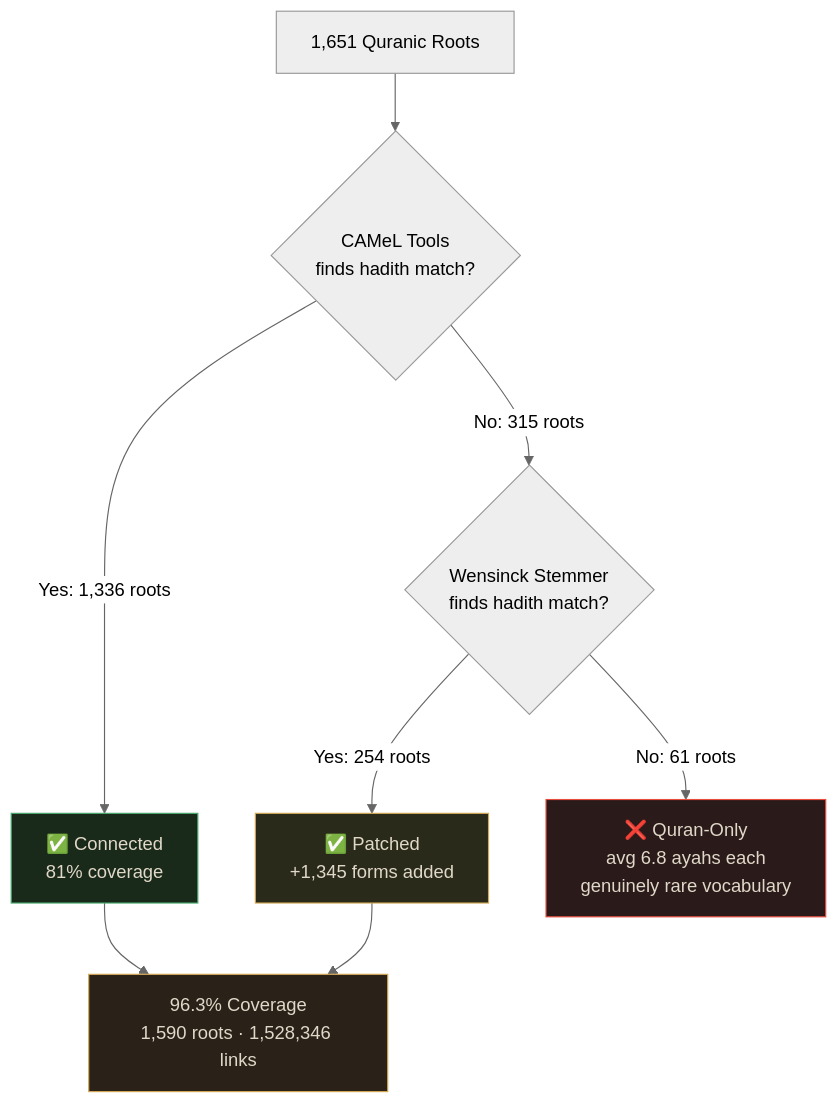
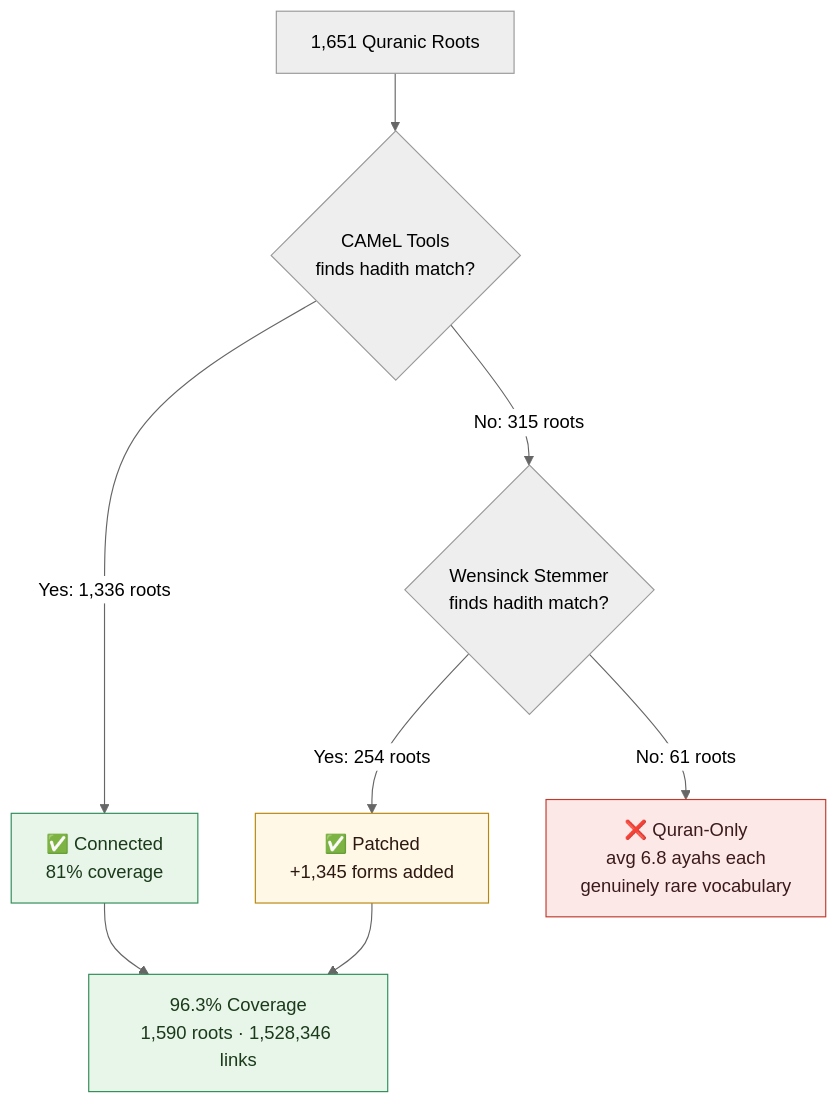
One commit to R3GENESI5/Itqan changed the third of 3 diagrams in README.md. Above: the diagram before and after it, drawn with Mermaid (neutral theme). The commit also changed other lines of this file, not shown here.

Commit message:
Fix Mermaid diagram colors (light bg for readability), update audit dashboard section

````diff
--- a/README.md
+++ b/README.md
@@ -831,15 +837,15 @@
 ```mermaid
 graph TD
     Q["1,651 Quranic Roots"] --> CAMEL_CHECK{"CAMeL Tools<br/>finds hadith match?"}
     CAMEL_CHECK -->|"Yes: 1,336 roots"| CONNECTED["✅ Connected<br/>81% coverage"]
     CAMEL_CHECK -->|"No: 315 roots"| WENSINCK_CHECK{"Wensinck Stemmer<br/>finds hadith match?"}
     WENSINCK_CHECK -->|"Yes: 254 roots"| PATCHED["✅ Patched<br/>+1,345 forms added"]
     WENSINCK_CHECK -->|"No: 61 roots"| ZERO["❌ Quran-Only<br/>avg 6.8 ayahs each<br/>genuinely rare vocabulary"]
     PATCHED --> FINAL["96.3% Coverage<br/>1,590 roots · 1,528,346 links"]
     CONNECTED --> FINAL
 
-    style CONNECTED fill:#1a2a1a,stroke:#4aaa70,color:#e0d8c8
-    style PATCHED fill:#2a2a1a,stroke:#d4a855,color:#e0d8c8
-    style ZERO fill:#2a1a1a,stroke:#e74c3c,color:#e0d8c8
-    style FINAL fill:#2a2218,stroke:#d4a855,color:#e0d8c8
+    style CONNECTED fill:#e8f5e9,stroke:#2e8b57,color:#1a3a1a
+    style PATCHED fill:#fff8e7,stroke:#b8860b,color:#2c1810
+    style ZERO fill:#fde8e8,stroke:#c0392b,color:#3a1a1a
+    style FINAL fill:#e8f5e9,stroke:#2e8b57,color:#1a3a1a
 ```
````
